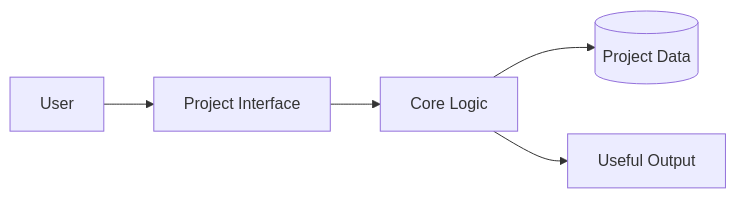
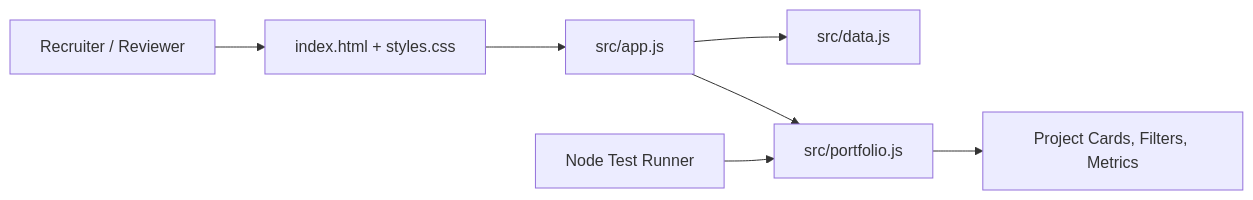
Before and after one commit to bhedanikhilkumar-code/Bheda-Nikhilkumar-portfolio: the second of 3 diagrams in README.md, drawn with Mermaid. The commit also changed other lines of this file and 14 other files, not shown here.

````diff
--- a/README.md
+++ b/README.md
@@ -121,7 +128,9 @@
 ```mermaid
 flowchart LR
-    User[User] --> Interface[Project Interface]
-    Interface --> Core[Core Logic]
-    Core --> Data[(Project Data)]
-    Core --> Output[Useful Output]
+    Visitor[Recruiter / Reviewer] --> UI[index.html + styles.css]
+    UI --> App[src/app.js]
+    App --> Data[src/data.js]
+    App --> Helpers[src/portfolio.js]
+    Helpers --> Cards[Project Cards, Filters, Metrics]
+    Tests[Node Test Runner] --> Helpers
 ```
````
